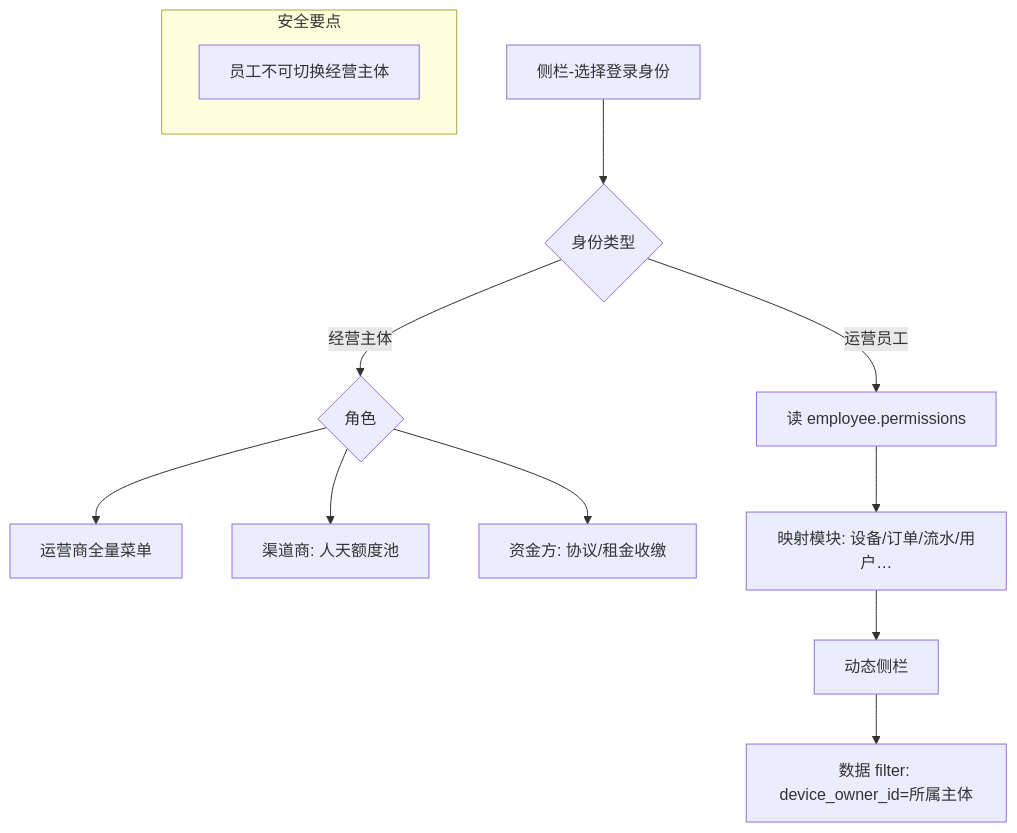
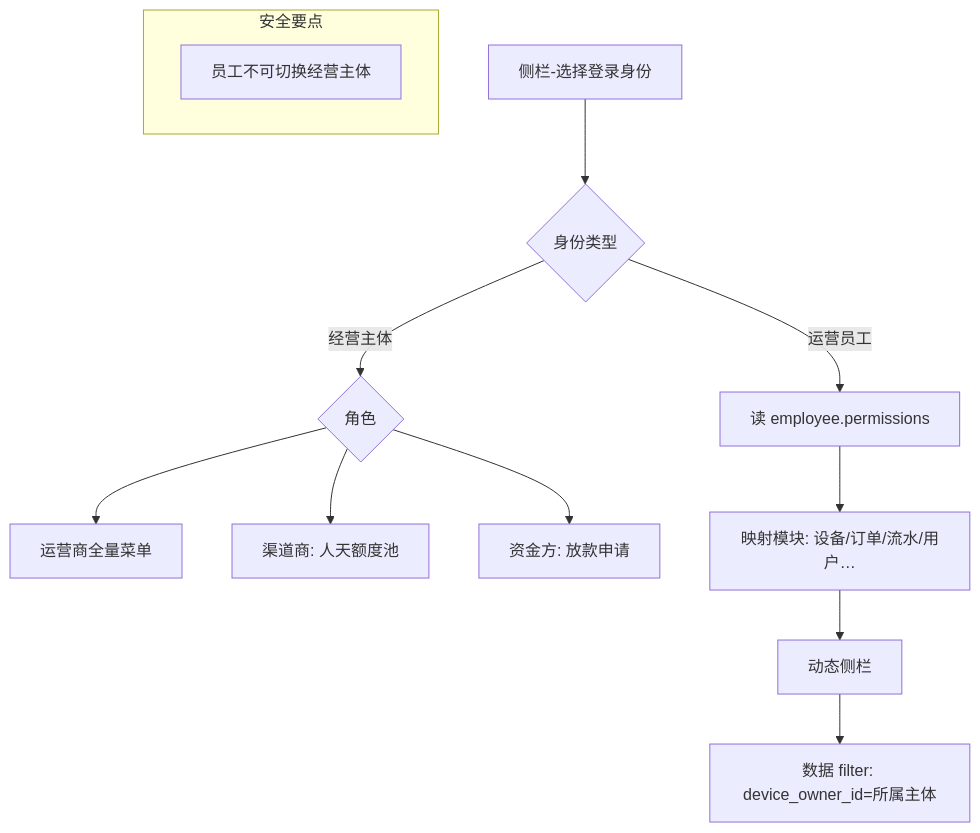
The tenth of 17 diagrams in docs/功能结构与业务流程.md (liudali/rider-swap-operator-prototype), drawn with Mermaid before and after one commit. The commit also changed other lines of this file and 54 other files, not shown here.

````diff
--- a/docs/功能结构与业务流程.md
+++ b/docs/功能结构与业务流程.md
@@ -337,18 +345,18 @@
 ```mermaid
 flowchart TD
   Start[侧栏-选择登录身份] --> Type{身份类型}
 
   Type -->|经营主体| Role{角色}
   Role --> OP[运营商全量菜单]
   Role --> CH[渠道商: 人天额度池]
-  Role --> LE[资金方: 协议/租金收缴]
+  Role --> LE[资金方: 放款申请]
 
   Type -->|运营员工| Emp[读 employee.permissions]
   Emp --> Map[映射模块: 设备/订单/流水/用户…]
   Map --> Nav1[动态侧栏]
   Nav1 --> Scope1[数据 filter: device_owner_id=所属主体]
 
   subgraph audit [安全要点]
     A1[员工不可切换经营主体]
   end
 ```
````
